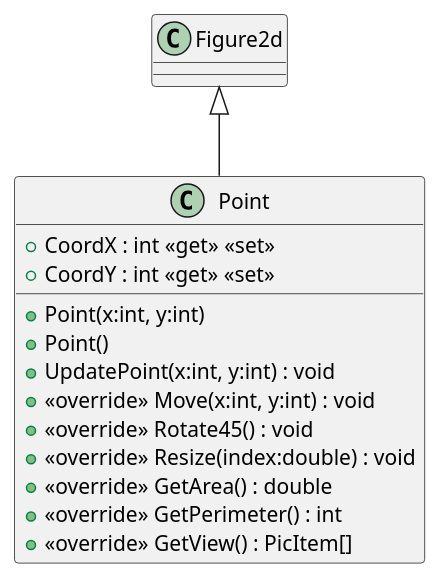
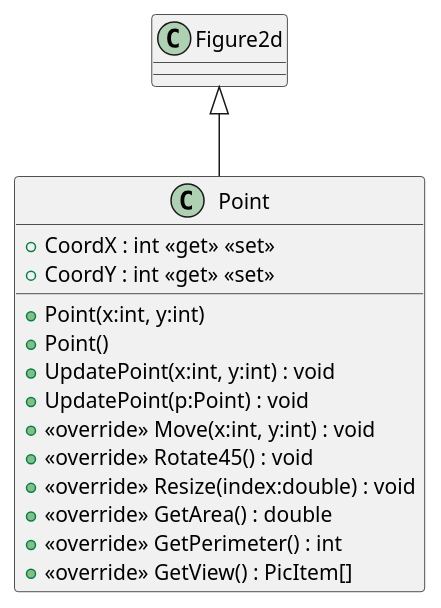
Before and after one commit to 19vano97/levelUpOOP: the diagram in plantuml/20240701_HW_Inheritence/Point.puml, drawn with PlantUML. The commit also changed 21 other files, not shown here.

```diff
--- a/plantuml/20240701_HW_Inheritence/Point.puml
+++ b/plantuml/20240701_HW_Inheritence/Point.puml
@@ -1,16 +1,17 @@
 @startuml
 class Point {
     + Point(x:int, y:int)
     + Point()
     + CoordX : int <<get>> <<set>>
     + CoordY : int <<get>> <<set>>
     + UpdatePoint(x:int, y:int) : void
+    + UpdatePoint(p:Point) : void
     + <<override>> Move(x:int, y:int) : void
     + <<override>> Rotate45() : void
     + <<override>> Resize(index:double) : void
     + <<override>> GetArea() : double
     + <<override>> GetPerimeter() : int
     + <<override>> GetView() : PicItem[]
 }
 Figure2d <|-- Point
 @enduml
```
